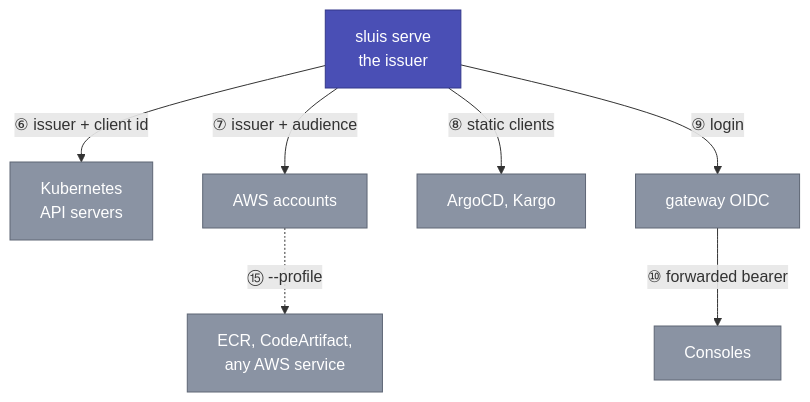
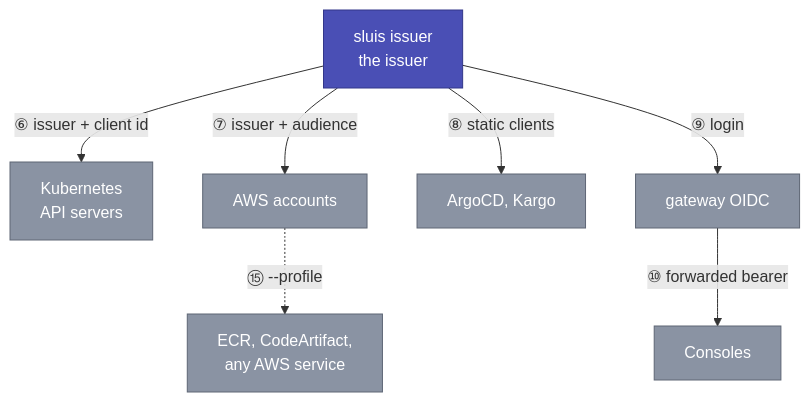
Before and after one commit to truvity/sluis: the second of 3 diagrams in docs/concepts/sluis/integrations.md, drawn with Mermaid. The commit also changed other lines of this file and 56 other files, not shown here.

````diff
--- a/docs/concepts/sluis/integrations.md
+++ b/docs/concepts/sluis/integrations.md
@@ -34,19 +34,19 @@
 ```mermaid
 flowchart TB
-  iss["sluis serve<br/>the issuer"]:::token
+  iss["sluis issuer<br/>the issuer"]:::token
   eks["Kubernetes<br/>API servers"]:::ext
   aws["AWS accounts"]:::ext
   argo["ArgoCD, Kargo"]:::ext
   proxy["gateway OIDC"]:::ext
   consoles["Consoles"]:::ext
   reg["ECR, CodeArtifact,<br/>any AWS service"]:::ext
   iss -- "⑥ issuer + client id" --> eks
   iss -- "⑦ issuer + audience" --> aws
   iss -- "⑧ static clients" --> argo
   iss -- "⑨ login" --> proxy
   proxy -- "⑩ forwarded bearer" --> consoles
   aws -. "⑮ --profile" .-> reg
   classDef ext fill:#8A93A3,stroke:#5E6675,color:#fff
   classDef hub fill:#0E7C7B,stroke:#0A5958,color:#fff
   classDef token fill:#4A4FB5,stroke:#33378A,color:#fff
 ```
````
